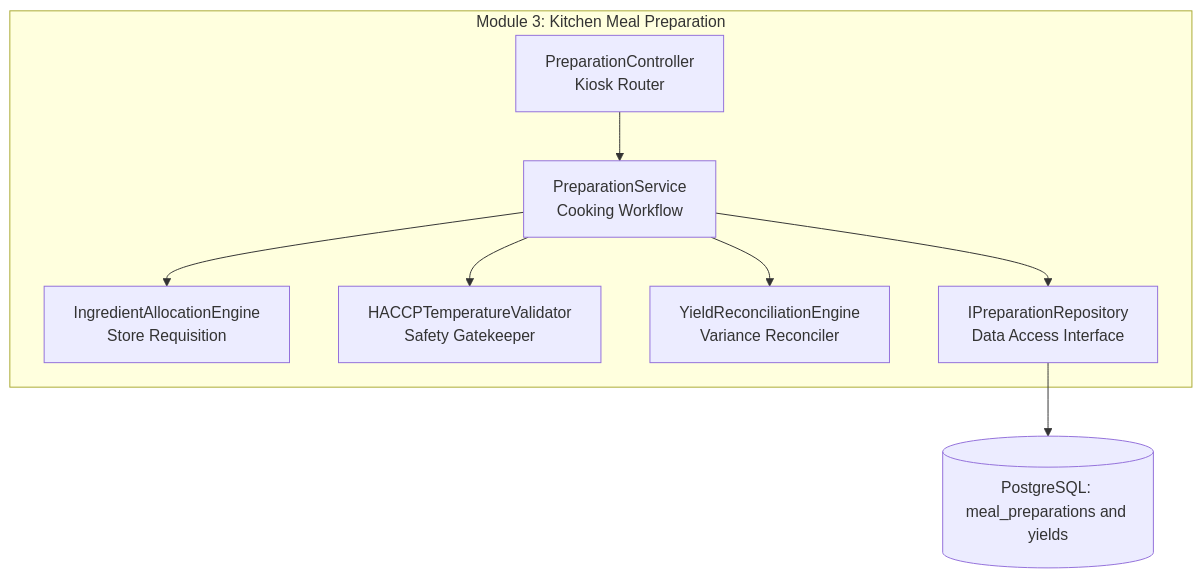
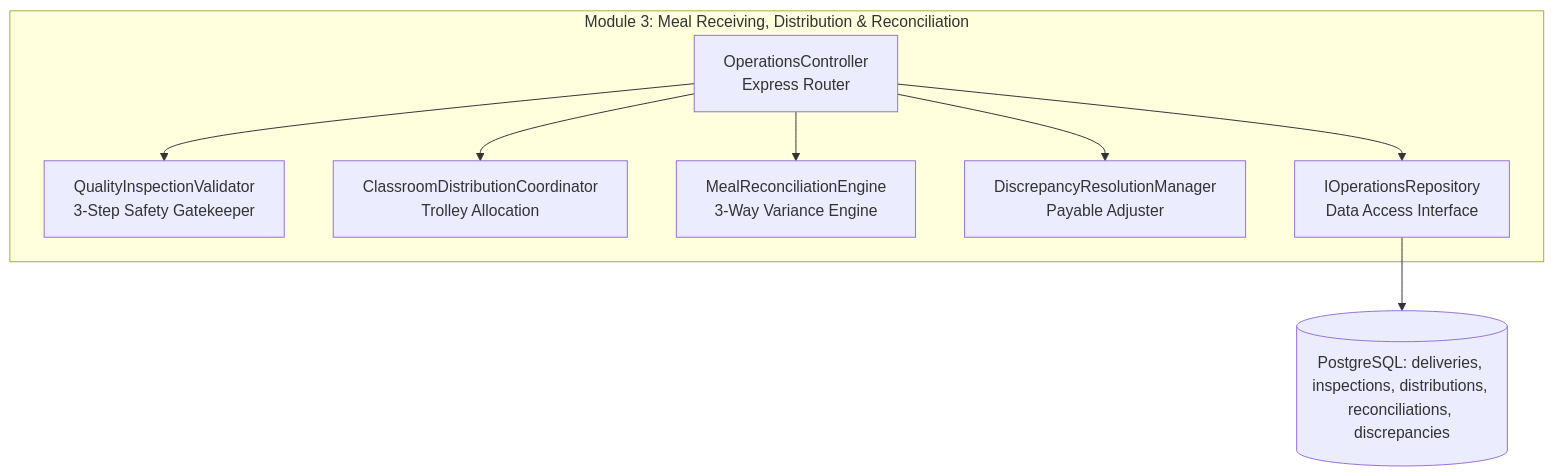
The fourth of 4 diagrams in arc42/05-building-block-view.md (Bernie-TruongTQ/PRIMARY_SCHOOL_SEMI-BOARDING_MEAL_MANAGEMENT_SYSTEM), drawn with Mermaid before and after one commit. The commit also changed other lines of this file and 12 other files, not shown here.

Commit message:
docs: add arc42 architecture documentation files

````diff
--- a/arc42/05-building-block-view.md
+++ b/arc42/05-building-block-view.md
@@ -142,18 +147,18 @@
 ```mermaid
 graph TD
-    subgraph Module3 ["Module 3: Kitchen Meal Preparation"]
-        Ctrl3["PreparationController<br/>Kiosk Router"]
-        Svc3["PreparationService<br/>Cooking Workflow"]
-        Alloc3["IngredientAllocationEngine<br/>Store Requisition"]
-        HACCP3["HACCPTemperatureValidator<br/>Safety Gatekeeper"]
-        Yield3["YieldReconciliationEngine<br/>Variance Reconciler"]
-        Repo3["IPreparationRepository<br/>Data Access Interface"]
+    subgraph Module3 ["Module 3: Meal Receiving, Distribution & Reconciliation"]
+        Ctrl3["OperationsController<br/>Express Router"]
+        Inspect3["QualityInspectionValidator<br/>3-Step Safety Gatekeeper"]
+        Distrib3["ClassroomDistributionCoordinator<br/>Trolley Allocation"]
+        Reconcile3["MealReconciliationEngine<br/>3-Way Variance Engine"]
+        Discrep3["DiscrepancyResolutionManager<br/>Payable Adjuster"]
+        Repo3["IOperationsRepository<br/>Data Access Interface"]
     end
 
-    Ctrl3 --> Svc3
-    Svc3 --> Alloc3
-    Svc3 --> HACCP3
-    Svc3 --> Yield3
-    Svc3 --> Repo3
-    Repo3 --> DB4[("PostgreSQL: meal_preparations and yields")]
+    Ctrl3 --> Inspect3
+    Ctrl3 --> Distrib3
+    Ctrl3 --> Reconcile3
+    Ctrl3 --> Discrep3
+    Ctrl3 --> Repo3
+    Repo3 --> DB4[("PostgreSQL: deliveries, inspections, distributions, reconciliations, discrepancies")]
 ```
````
